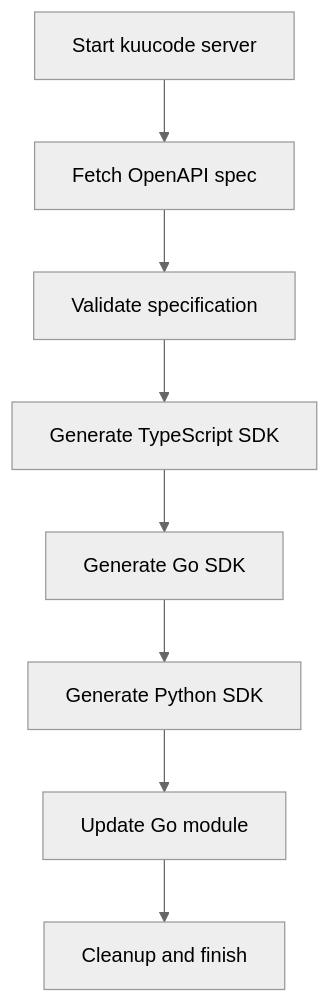
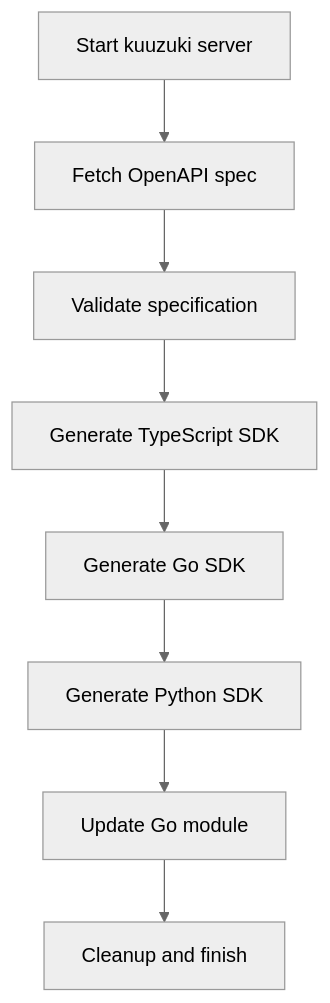
The diagram in docs/SDK_GENERATION.md (moikas-code/kuucode), drawn with Mermaid (neutral theme) before and after one commit. The commit also changed other lines of this file and 557 other files, not shown here.

Commit message:
rename from kuucode -> kuuzuki

````diff
--- a/docs/SDK_GENERATION.md
+++ b/docs/SDK_GENERATION.md
@@ -74,10 +74,10 @@
 ```mermaid
 graph TD
-    A[Start kuucode server] --> B[Fetch OpenAPI spec]
+    A[Start kuuzuki server] --> B[Fetch OpenAPI spec]
     B --> C[Validate specification]
     C --> D[Generate TypeScript SDK]
     D --> E[Generate Go SDK]
     E --> F[Generate Python SDK]
     F --> G[Update Go module]
     G --> H[Cleanup and finish]
 ```
````
